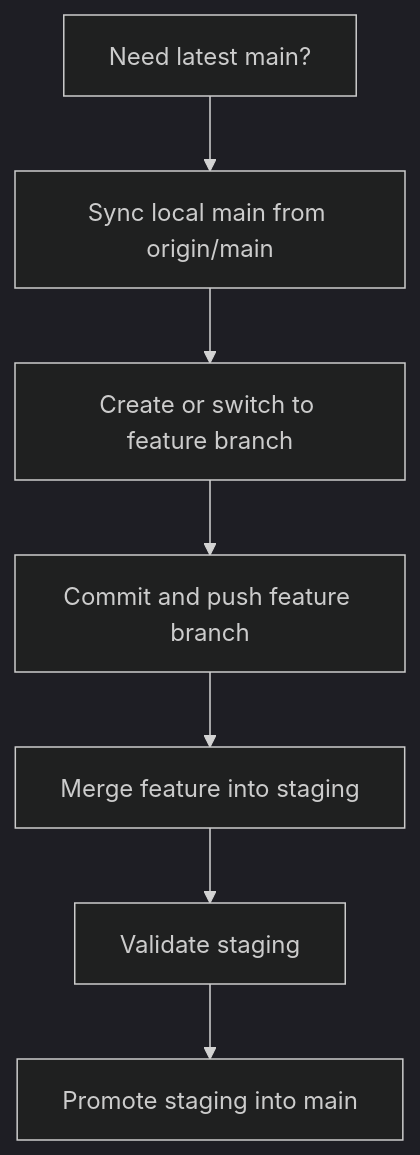
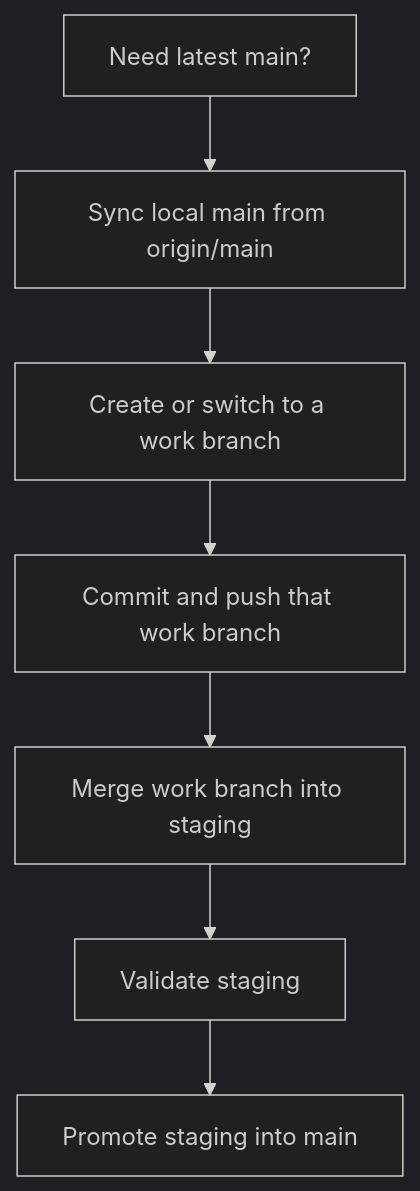
Before and after one commit to swinneyj/soc-plaform: the third of 4 diagrams in docs/GIT_VISUAL_MAP.md, drawn with Mermaid (dark theme). The commit also changed other lines of this file and 1 other file, not shown here.

````diff
--- a/docs/GIT_VISUAL_MAP.md
+++ b/docs/GIT_VISUAL_MAP.md
@@ -54,9 +54,9 @@
 ```mermaid
 flowchart TD
     A[Need latest main?] --> B[Sync local main from origin/main]
-    B --> C[Create or switch to feature branch]
-    C --> D[Commit and push feature branch]
-    D --> E[Merge feature into staging]
+    B --> C[Create or switch to a work branch]
+    C --> D[Commit and push that work branch]
+    D --> E[Merge work branch into staging]
     E --> F[Validate staging]
     F --> G[Promote staging into main]
 ```
````
